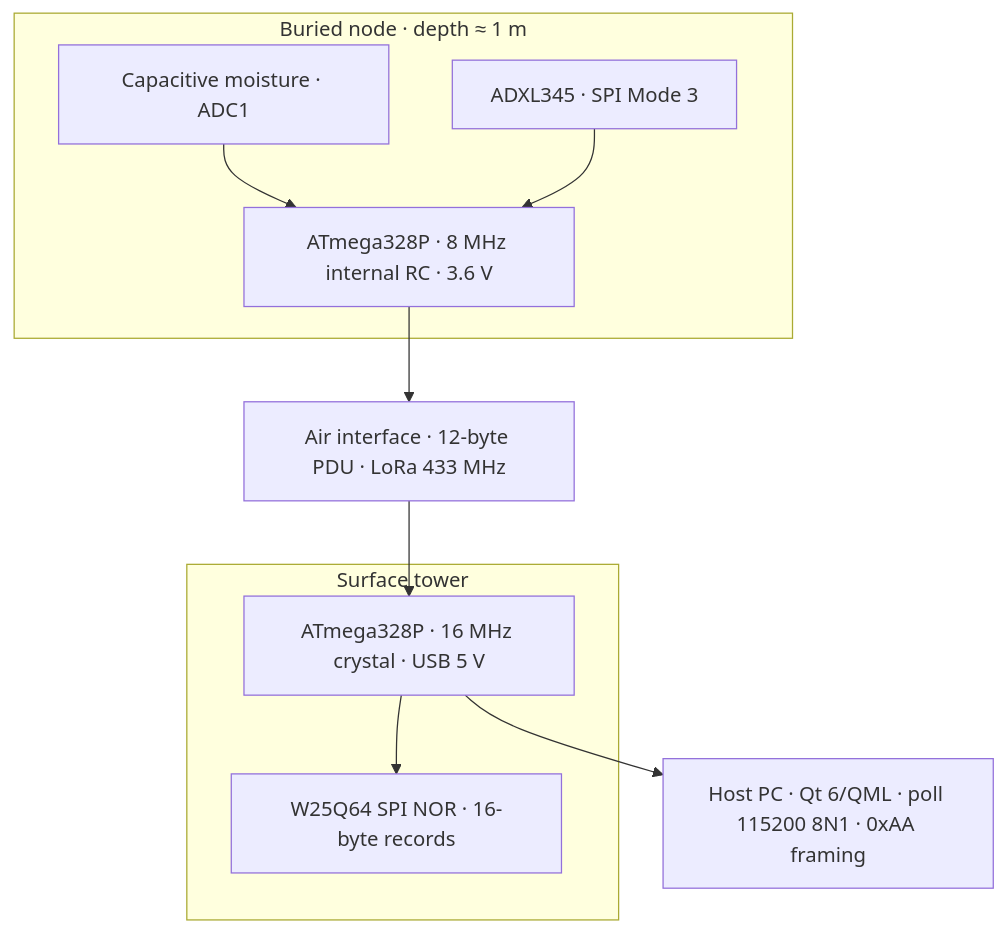
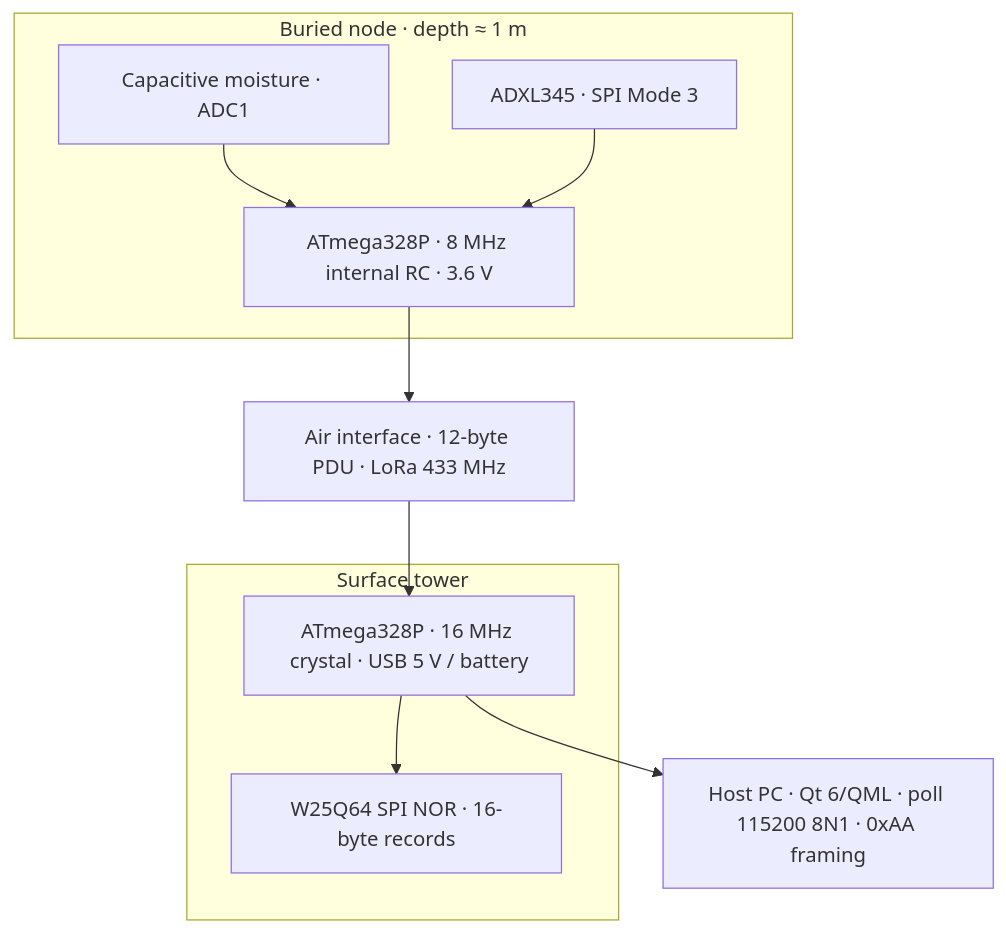
One commit to DevaBDM/SLF-EWN changed the first of 26 diagrams in Project/Challenges and Solutions.md. Above: the diagram before and after it, drawn with Mermaid. The commit also changed other lines of this file and 11 other files, not shown here.

````diff
--- a/Project/Challenges and Solutions.md
+++ b/Project/Challenges and Solutions.md
@@ -79,18 +79,18 @@
 ```mermaid
 flowchart TB
   subgraph node["Buried node · depth ≈ 1 m"]
     M[Capacitive moisture · ADC1]
     A[ADXL345 · SPI Mode 3]
     N[ATmega328P · 8 MHz internal RC · 3.6 V]
     M --> N
     A --> N
   end
   AIR["Air interface · 12-byte PDU · LoRa 433 MHz"]
   subgraph tower["Surface tower"]
-    R[ATmega328P · 16 MHz crystal · USB 5 V]
+    R[ATmega328P · 16 MHz crystal · USB 5 V / battery]
     F[W25Q64 SPI NOR · 16-byte records]
     R --> F
   end
   HMI["Host PC · Qt 6/QML · poll 115200 8N1 · 0xAA framing"]
   N --> AIR --> R --> HMI
 ```
````
